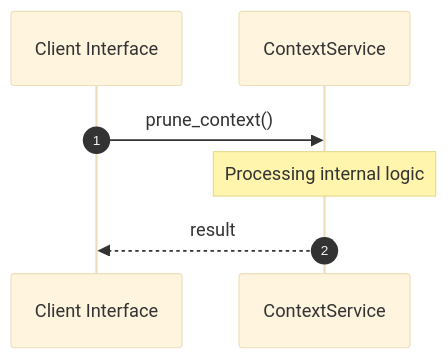
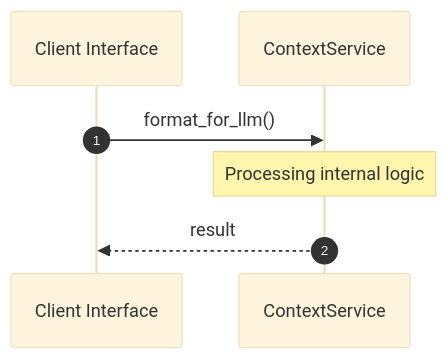
One commit to lgcorzo/rust_CACD_autonomous_factory changed the second of 2 diagrams in openwiki/crates_factory-mcp-server_src_skills_context_rs.md. Above: the diagram before and after it, drawn with Mermaid (base theme). The commit also changed other lines of this file and 76 other files, not shown here.

````diff
--- a/openwiki/crates_factory-mcp-server_src_skills_context_rs.md
+++ b/openwiki/crates_factory-mcp-server_src_skills_context_rs.md
@@ -146,10 +146,10 @@
 ```mermaid
 sequenceDiagram
     autonumber
     participant Caller as Client Interface
     participant Svc as ContextService
-    Caller->>Svc: prune_context()
+    Caller->>Svc: format_for_llm()
     Note over Svc: Processing internal logic
     Svc-->>Caller: result
 
 ```
````
